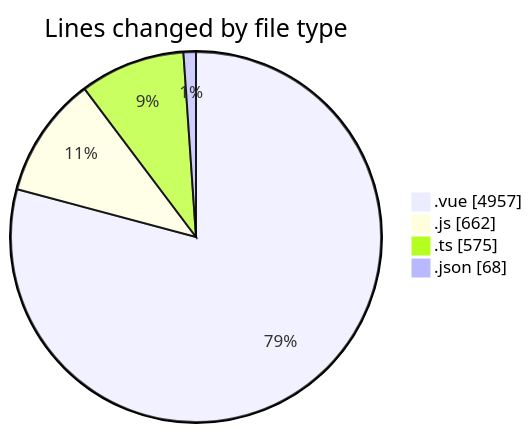
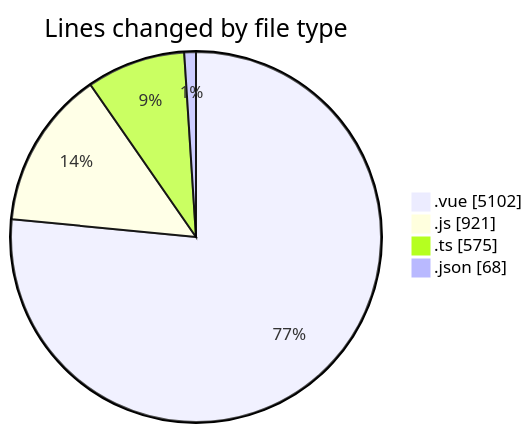
Before and after one commit to lephambinh05/code-tracking: the first of 2 diagrams in 2025-08-12/rentotp/README.md, drawn with Mermaid. The commit also changed other lines of this file and 1 other file, not shown here.

````diff
--- a/2025-08-12/rentotp/README.md
+++ b/2025-08-12/rentotp/README.md
@@ -36,8 +39,8 @@
 ```mermaid
 pie showData
 title Lines changed by file type
-".vue" : 4957
-".js" : 662
+".vue" : 5102
+".js" : 921
 ".ts" : 575
 ".json" : 68
 ```
````
